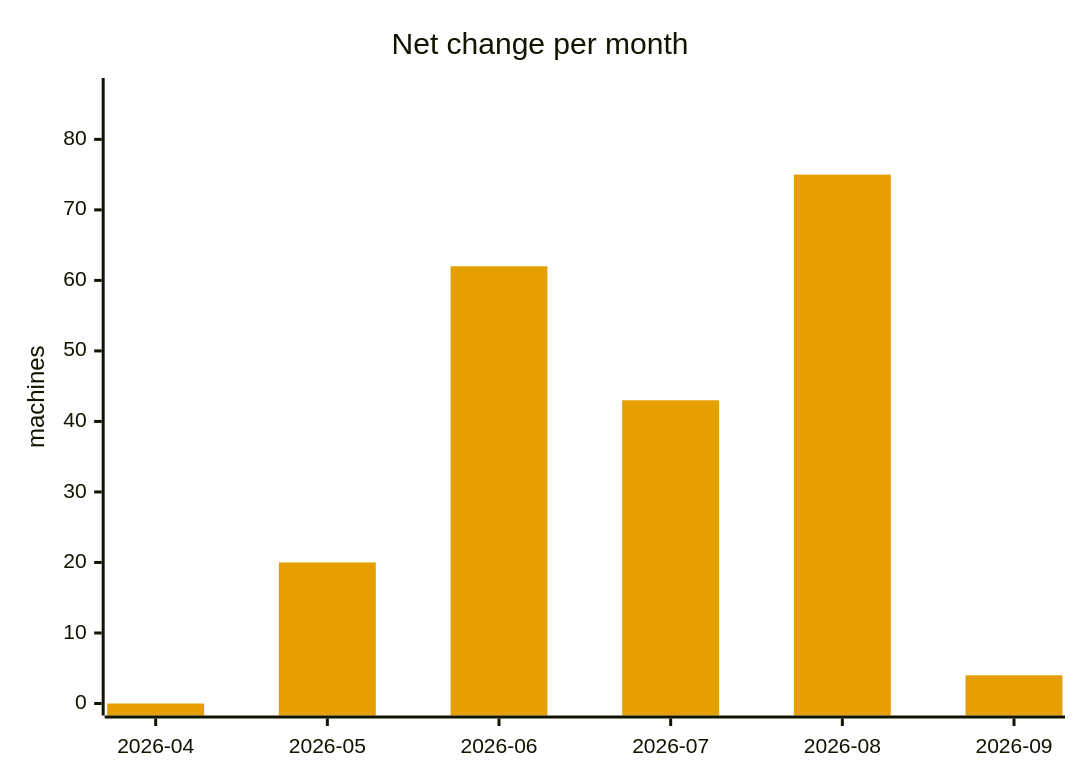
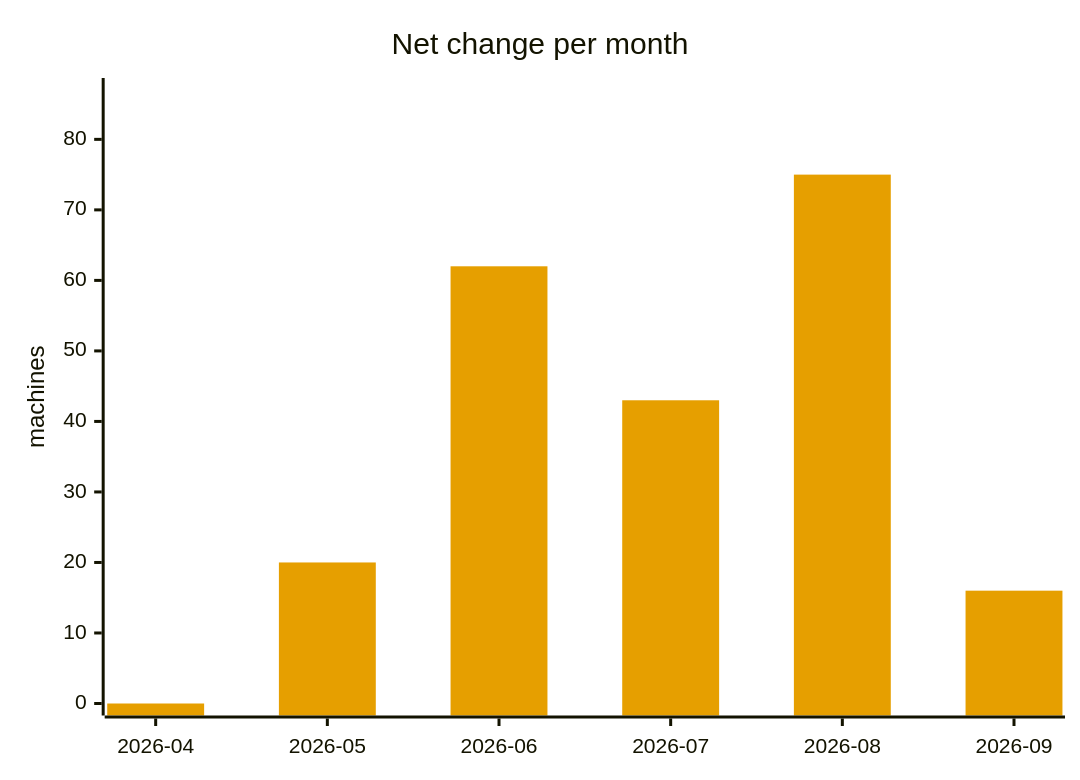
One commit to cheeaun/returnright-data changed the seventh of 7 diagrams in ANALYSIS.md. Above: the diagram before and after it, drawn with Mermaid. The commit also changed other lines of this file and 3 other files, not shown here.

````diff
--- a/ANALYSIS.md
+++ b/ANALYSIS.md
@@ -307,13 +308,13 @@
 ```mermaid
 ---
 config:
   themeVariables:
     xyChart:
       plotColorPalette: "#E69F00"
 ---
 xychart-beta
     title "Net change per month"
     x-axis ["2026-04", "2026-05", "2026-06", "2026-07", "2026-08", "2026-09"]
     y-axis "machines" 0 --> 87
-    bar [0, 20, 62, 43, 75, 4]
+    bar [0, 20, 62, 43, 75, 16]
 ```
````
